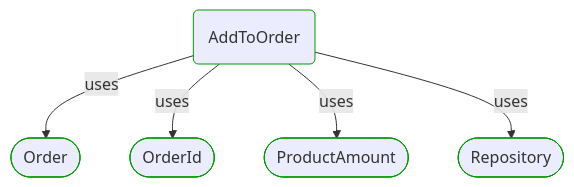
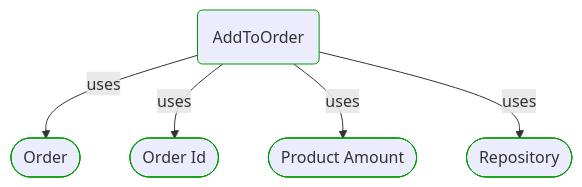
One commit to itlibrium/DDD-starter-dotnet changed the second of 4 diagrams in Docs/P3/MermaidOutput/ProcessSteps/Sale/Wholesale ordering/AddToOrder.md. Above: the diagram before and after it, drawn with Mermaid. The commit also changed other lines of this file and 174 other files, not shown here.

````diff
--- a/Docs/P3/MermaidOutput/ProcessSteps/Sale/Wholesale ordering/AddToOrder.md
+++ b/Docs/P3/MermaidOutput/ProcessSteps/Sale/Wholesale ordering/AddToOrder.md
@@ -37,20 +34,20 @@
 ```mermaid
   flowchart TB
     0(AddToOrder)
     class 0 DomainPerspective
     1([Order])
     class 1 DomainPerspective
     0-->|uses|1
-    2([OrderId])
+    2([Order Id])
     class 2 DomainPerspective
     0-->|uses|2
-    3([ProductAmount])
+    3([Product Amount])
     class 3 DomainPerspective
     0-->|uses|3
     4([Repository])
     class 4 DomainPerspective
     0-->|uses|4
     classDef DomainPerspective stroke:#009900
     classDef TechnologyPerspective stroke:#1F41EB
     classDef PeoplePerspective stroke:#FFF014
 ```
````
